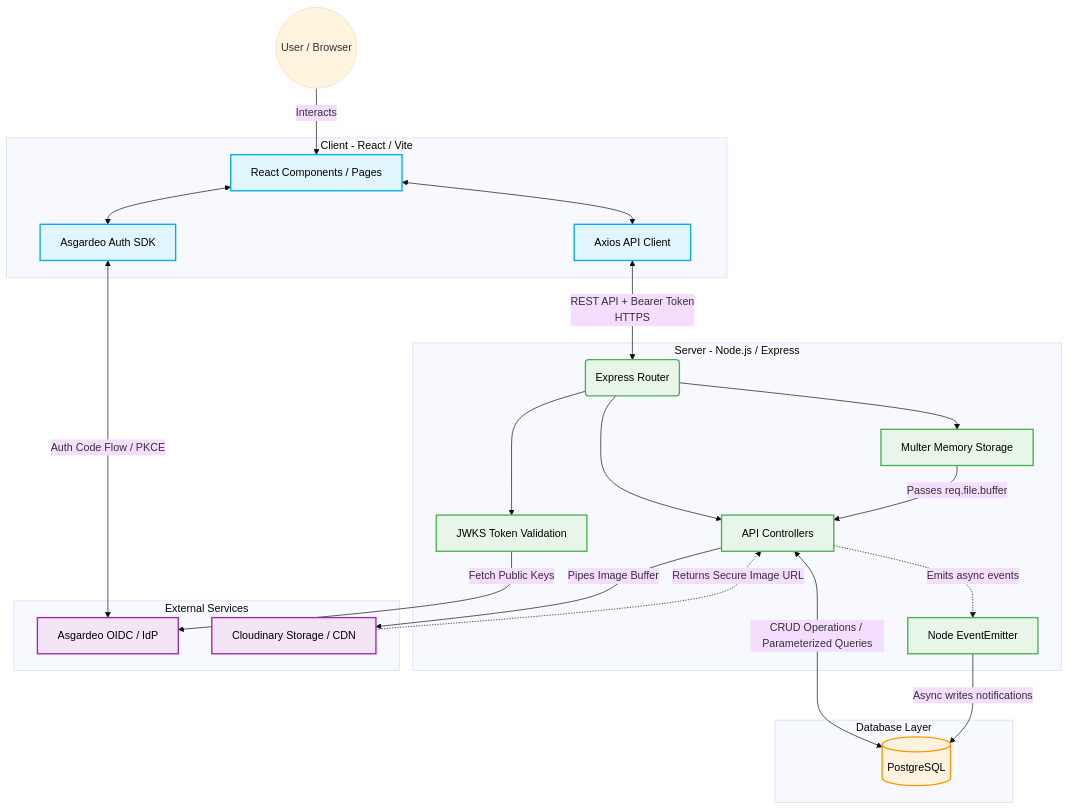
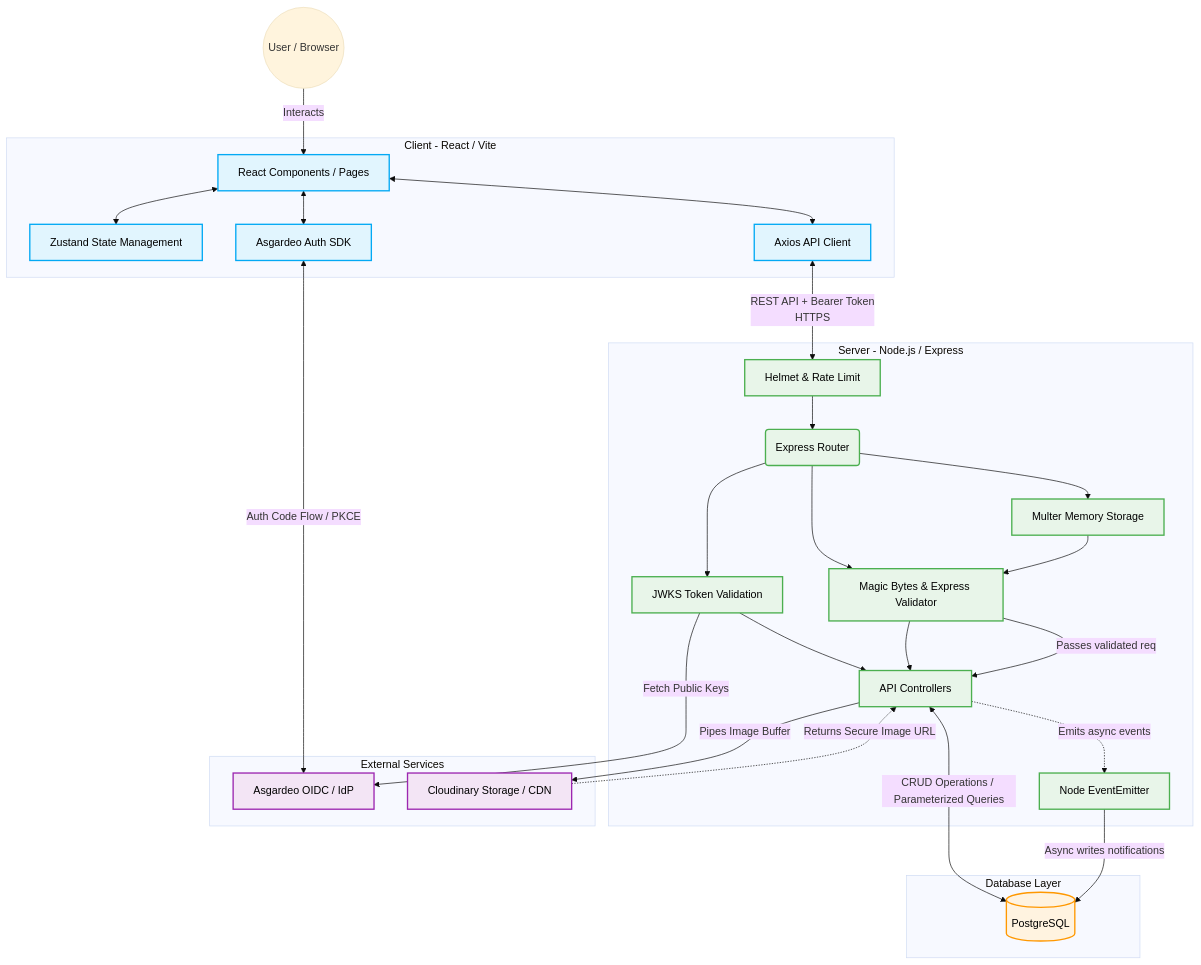
One commit to BGYKanishka/Student_Project_Portal changed the diagram in README.md. Above: the diagram before and after it, drawn with Mermaid (base theme). The commit also changed 6 other files, not shown here.

Commit message:
docs: update architecture diagram to include state and security middleware, and disable automatic Vercel deployments

````diff
--- a/README.md
+++ b/README.md
@@ -36,62 +36,73 @@
 ```mermaid
 graph TD
     %% User Interaction
     User((User / Browser)) -->|Interacts| ClientApp
 
     %% Frontend Layer
     subgraph Frontend [Client - React / Vite]
         ClientApp[React Components / Pages]
+        ZustandStore[Zustand State Management]
         AuthSDK[Asgardeo Auth SDK]
         Axios[Axios API Client]
+        
+        ClientApp <--> ZustandStore
         ClientApp <--> AuthSDK
         ClientApp <--> Axios
     end
 
     %% Backend Layer
     subgraph Backend [Server - Node.js / Express]
+        SecurityMiddleware[Helmet & Rate Limit]
         Router(Express Router)
         JWKSMiddleware[JWKS Token Validation]
         UploadMiddleware[Multer Memory Storage]
+        ValidationMiddleware[Magic Bytes & Express Validator]
         Controllers[API Controllers]
         EventEmitter[Node EventEmitter]
         
+        SecurityMiddleware --> Router
         Router --> JWKSMiddleware
         Router --> UploadMiddleware
-        Router --> Controllers
+        Router --> ValidationMiddleware
+        
+        JWKSMiddleware --> Controllers
+        UploadMiddleware --> ValidationMiddleware
+        ValidationMiddleware --> Controllers
+        
         Controllers -.->|Emits async events| EventEmitter
     end
 
     %% External Services
     subgraph External [External Services]
         Asgardeo[Asgardeo OIDC / IdP]
         Cloudinary[Cloudinary Storage / CDN]
     end
 
     %% Database Layer
     subgraph DB [Database Layer]
         Postgres[(PostgreSQL)]
     end
 
     %% Connections across layers
     AuthSDK <-->|Auth Code Flow / PKCE| Asgardeo
-    Axios <-->|REST API + Bearer Token \n HTTPS| Router
+    Axios <-->|REST API + Bearer Token \n HTTPS| SecurityMiddleware
     JWKSMiddleware -->|Fetch Public Keys| Asgardeo
     
-    UploadMiddleware -->|Passes req.file.buffer| Controllers
+    ValidationMiddleware -->|Passes validated req| Controllers
     Controllers -->|Pipes Image Buffer| Cloudinary
     Cloudinary -.->|Returns Secure Image URL| Controllers
 
     Controllers <-->|CRUD Operations / Parameterized Queries| Postgres
     EventEmitter -->|Async writes notifications| Postgres
     
     %% Styling
     classDef frontend fill:#e1f5fe,stroke:#03a9f4,stroke-width:2px,color:#000000;
     classDef backend fill:#e8f5e9,stroke:#4caf50,stroke-width:2px,color:#000000;
     classDef database fill:#fff3e0,stroke:#ff9800,stroke-width:2px,color:#000000;
     classDef external fill:#f3e5f5,stroke:#9c27b0,stroke-width:2px,color:#000000;
     
-    class ClientApp,AuthSDK,Axios frontend;
-    class Router,JWKSMiddleware,UploadMiddleware,Controllers,EventEmitter backend;
+    class ClientApp,ZustandStore,AuthSDK,Axios frontend;
+    class SecurityMiddleware,Router,JWKSMiddleware,UploadMiddleware,ValidationMiddleware,Controllers,EventEmitter backend;
     class Postgres database;
     class Asgardeo,Cloudinary external;
 ```
````
